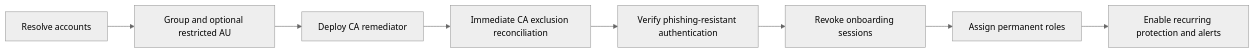
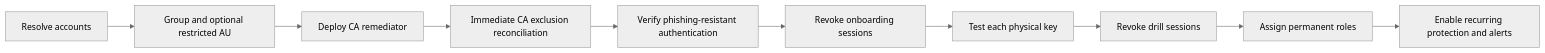
Before and after one commit to nathanmcnulty/azd-emergency-access: the diagram in docs/identity-and-authentication.md, drawn with Mermaid (neutral theme). The commit also changed other lines of this file and 18 other files, not shown here.

````diff
--- a/docs/identity-and-authentication.md
+++ b/docs/identity-and-authentication.md
@@ -68,10 +84,12 @@
 ```mermaid
 flowchart LR
   A[Resolve accounts] --> B[Group and optional restricted AU]
   B --> C[Deploy CA remediator]
   C --> D[Immediate CA exclusion reconciliation]
   D --> E[Verify phishing-resistant authentication]
   E --> F[Revoke onboarding sessions]
-  F --> G[Assign permanent roles]
-  G --> H[Enable recurring protection and alerts]
+  F --> G[Test each physical key]
+  G --> H[Revoke drill sessions]
+  H --> I[Assign permanent roles]
+  I --> J[Enable recurring protection and alerts]
 ```
````
